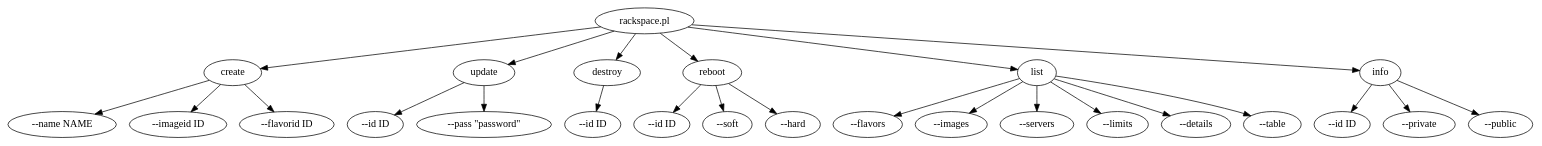
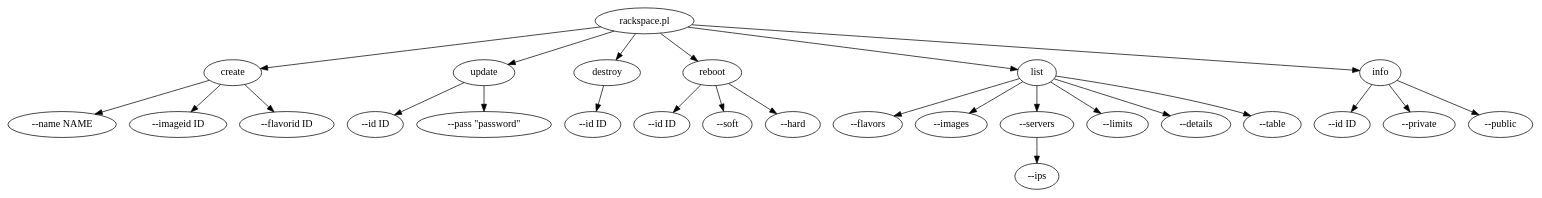
One commit to mfontani/Net-RackSpace-CloudServers changed the diagram in rackspace.dot. Above: the diagram before and after it, drawn with Graphviz.

Commit message:
Updated spec to show --ips only available for --servers

```diff
--- a/rackspace.dot
+++ b/rackspace.dot
@@ -1,72 +1,75 @@
 digraph G {
 
   // rackspace COMMANDs:
   "rackspace.pl" -> "cmd_create";
   "rackspace.pl" -> "cmd_update";
   "rackspace.pl" -> "cmd_destroy";
   "rackspace.pl" -> "cmd_reboot";
   "rackspace.pl" -> "cmd_list";
   "rackspace.pl" -> "cmd_info";
 
   // rackspace REBOOT --opts
   "cmd_reboot" -> "cmd_reboot_opt_id";
   "cmd_reboot" -> "cmd_reboot_opt_soft";
   "cmd_reboot" -> "cmd_reboot_opt_hard";
 
   // rackspace DESTROY --opts
   "cmd_destroy" -> "cmd_destroy_opt_id";
 
   // rackspace CREATE --opts
   "cmd_create" -> "cmd_create_opt_name";
   "cmd_create" -> "cmd_create_opt_imageid";
   "cmd_create" -> "cmd_create_opt_flavorid";
 
   // rackspace UPDATE --opts
   "cmd_update" -> "cmd_update_opt_id";
   "cmd_update" -> "cmd_update_opt_adminpass";
 
   // rackspace LIST --opts
   "cmd_list" -> "cmd_list_flavors";
   "cmd_list" -> "cmd_list_images";
   "cmd_list" -> "cmd_list_servers";
   "cmd_list" -> "cmd_list_limits";
   "cmd_list" -> "cmd_list_opt_details";
   "cmd_list" -> "cmd_list_opt_table";
+  "cmd_list_servers" -> "cmd_list_opt_ips";
+  //"cmd_list_opt_ips" -> "cmd_list_opt_details";
 
   // rackspace INFO --opts
   "cmd_info" -> "cmd_info_id";
   "cmd_info" -> "cmd_info_private";
   "cmd_info" -> "cmd_info_public";
 
   cmd_create [label="create"];
   cmd_update [label="update"];
   cmd_destroy [label="destroy"];
   cmd_reboot [label="reboot"];
   cmd_list [label="list"];
   cmd_info [label="info"];
 
   cmd_destroy_opt_id [label="--id ID"];
 
   cmd_reboot_opt_id [label="--id ID"];
   cmd_reboot_opt_soft [label="--soft"];
   cmd_reboot_opt_hard [label="--hard"];
 
   cmd_create_opt_name [label="--name NAME"];
   cmd_create_opt_imageid [label="--imageid ID"];
   cmd_create_opt_flavorid [label="--flavorid ID"];
 
   cmd_update_opt_id [label="--id ID"];
   cmd_update_opt_adminpass [label="--pass \"password\""];
 
   cmd_list_flavors [label="--flavors"];
   cmd_list_images [label="--images"];
   cmd_list_servers [label="--servers"];
   cmd_list_limits [label="--limits"];
   cmd_list_opt_details [label="--details"];
   cmd_list_opt_table [label="--table"];
+  cmd_list_opt_ips [label="--ips"];
 
   cmd_info_id [label="--id ID"];
   cmd_info_private [label="--private"];
   cmd_info_public [label="--public"];
 
 }
```
